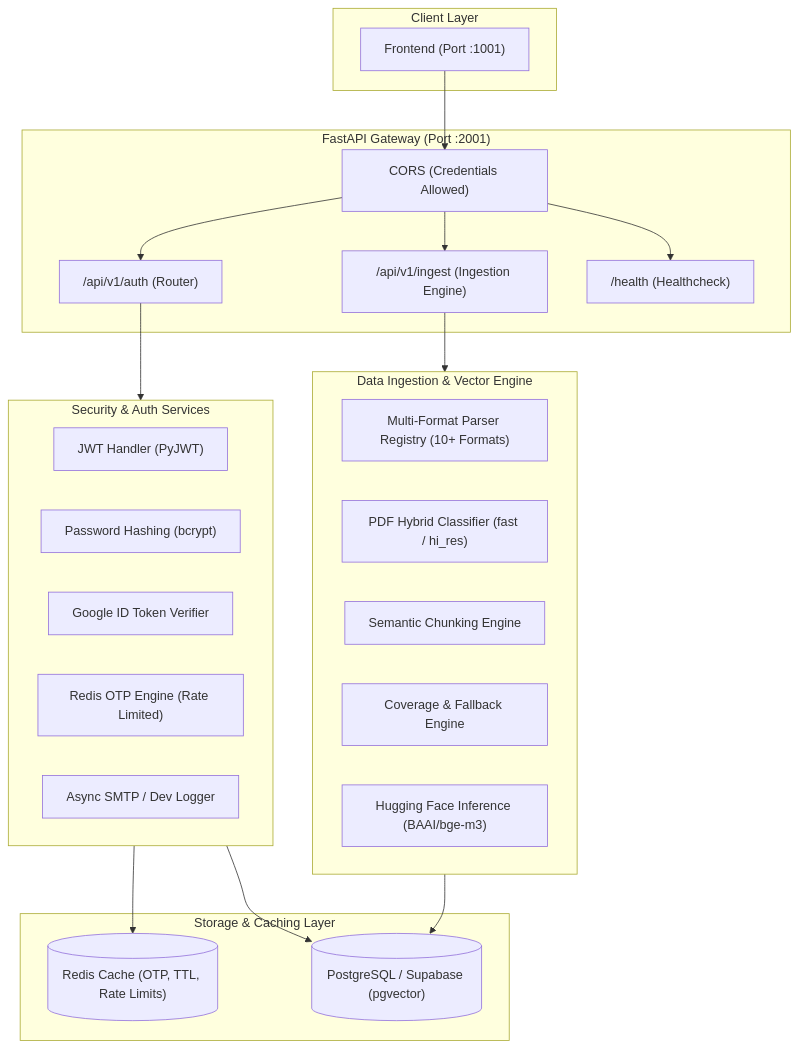
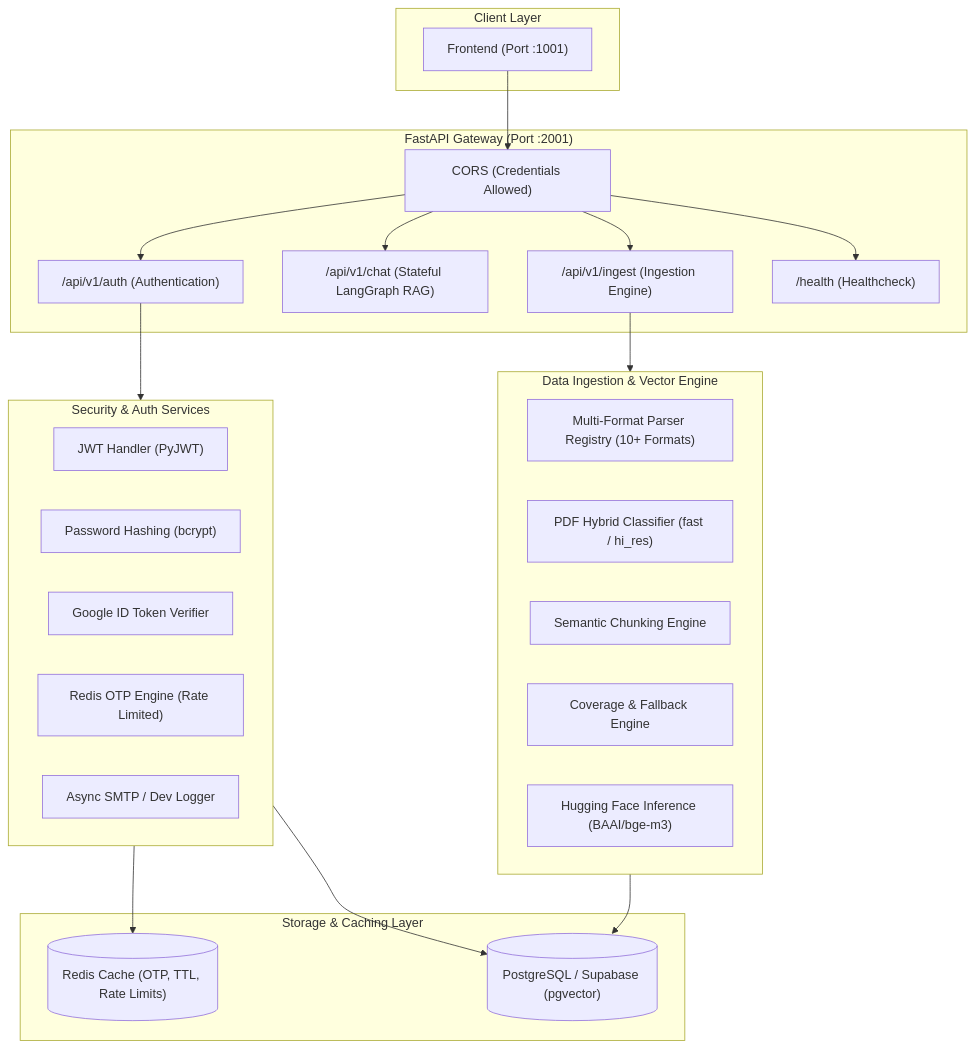
One commit to ShubhamPrajapati1402/rag_backend changed the diagram in README.md. Above: the diagram before and after it, drawn with Mermaid. The commit also changed other lines of this file and 19 other files, not shown here.

````diff
--- a/README.md
+++ b/README.md
@@ -9,46 +9,48 @@
 ```mermaid
 flowchart TB
     subgraph ClientLayer ["Client Layer"]
         Frontend["Frontend (Port :1001)"]
     end
 
     subgraph APILayer ["FastAPI Gateway (Port :2001)"]
         CORSMiddleware["CORS (Credentials Allowed)"]
-        AuthRouter["/api/v1/auth (Router)"]
+        AuthRouter["/api/v1/auth (Authentication)"]
+        ChatRouter["/api/v1/chat (Stateful LangGraph RAG)"]
         IngestRouter["/api/v1/ingest (Ingestion Engine)"]
         HealthRouter["/health (Healthcheck)"]
     end
 
     subgraph SecurityServices ["Security & Auth Services"]
         JWTService["JWT Handler (PyJWT)"]
         BcryptHandler["Password Hashing (bcrypt)"]
         GoogleOAuth["Google ID Token Verifier"]
         OTPManager["Redis OTP Engine (Rate Limited)"]
         EmailService["Async SMTP / Dev Logger"]
     end
 
     subgraph IngestionPipeline ["Data Ingestion & Vector Engine"]
         ParserRegistry["Multi-Format Parser Registry (10+ Formats)"]
         Classifier["PDF Hybrid Classifier (fast / hi_res)"]
         Chunker["Semantic Chunking Engine"]
         Validator["Coverage & Fallback Engine"]
         Embedder["Hugging Face Inference (BAAI/bge-m3)"]
     end
 
     subgraph DataLayer ["Storage & Caching Layer"]
         PostgreSQL[("PostgreSQL / Supabase (pgvector)")]
         RedisStore[("Redis Cache (OTP, TTL, Rate Limits)")]
     end
 
     Frontend --> CORSMiddleware
     CORSMiddleware --> AuthRouter
+    CORSMiddleware --> ChatRouter
     CORSMiddleware --> IngestRouter
     CORSMiddleware --> HealthRouter
 
     AuthRouter --> SecurityServices
     SecurityServices --> RedisStore
     SecurityServices --> PostgreSQL
 
     IngestRouter --> IngestionPipeline
     IngestionPipeline --> PostgreSQL
 ```
````
